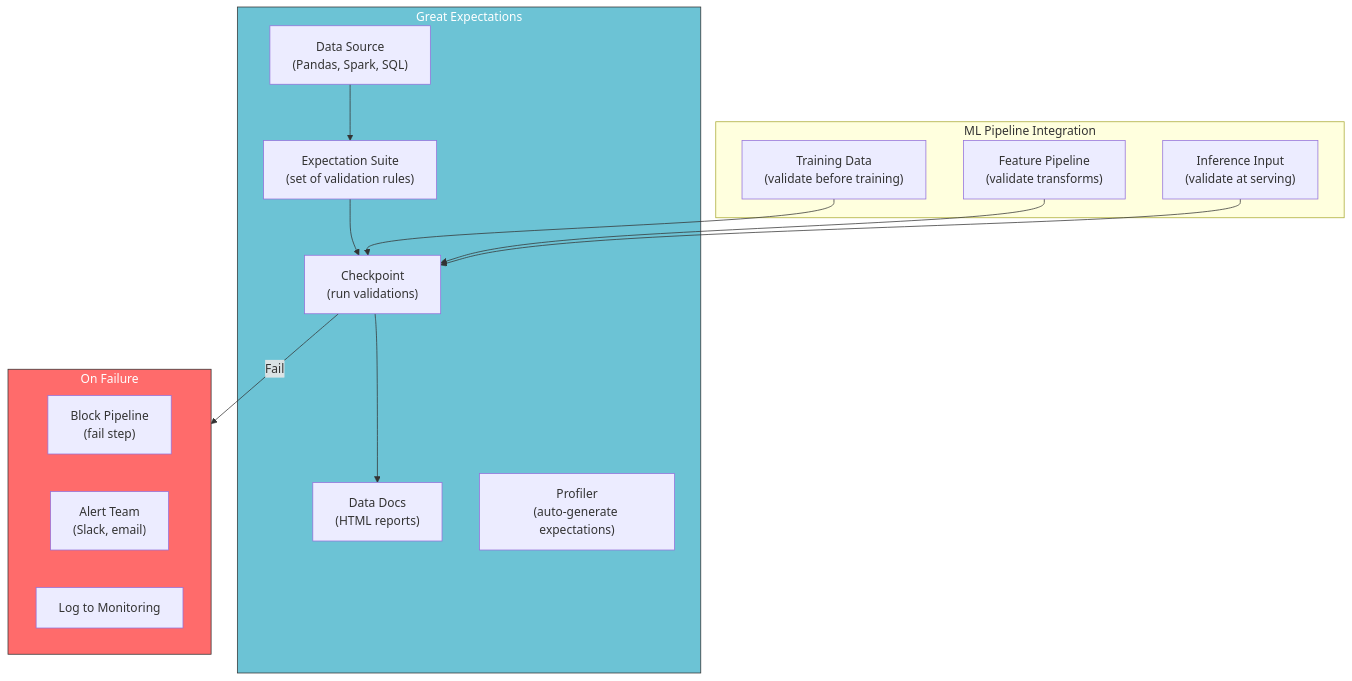
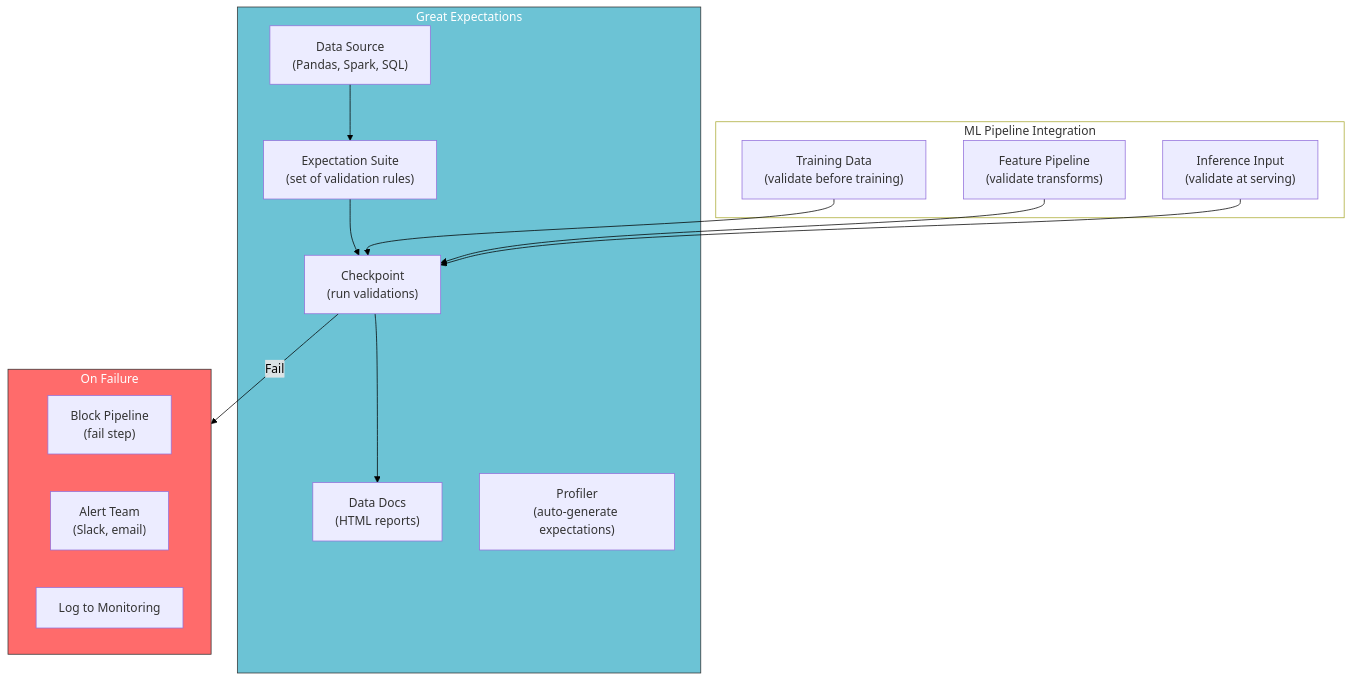
One commit to tanquangduong/tanquangduong.github.io changed the seventh of 10 diagrams in posts/aiops-interview/MLOps-Interview-QA-5.qmd. Above: the diagram before and after it, drawn with Mermaid. The commit also changed other lines of this file and 204 other files, not shown here.

````diff
--- a/posts/aiops-interview/MLOps-Interview-QA-5.qmd
+++ b/posts/aiops-interview/MLOps-Interview-QA-5.qmd
@@ -947,34 +961,36 @@
 ```{mermaid}
 graph TD
+    linkStyle default stroke:#000,color:#000
     subgraph GX["Great Expectations"]
         SUITE["Expectation Suite<br/>(set of validation rules)"]
         CHECKPOINT["Checkpoint<br/>(run validations)"]
         DATASOURCE["Data Source<br/>(Pandas, Spark, SQL)"]
         DOCS["Data Docs<br/>(HTML reports)"]
         PROFILER["Profiler<br/>(auto-generate expectations)"]
     end
 
     subgraph Pipeline_GX["ML Pipeline Integration"]
         TRAIN_DATA["Training Data<br/>(validate before training)"]
         FEATURE_DATA["Feature Pipeline<br/>(validate transforms)"]
         INFERENCE_DATA["Inference Input<br/>(validate at serving)"]
     end
 
     subgraph Actions["On Failure"]
         BLOCK["Block Pipeline<br/>(fail step)"]
         ALERT["Alert Team<br/>(Slack, email)"]
         LOG_GX["Log to Monitoring"]
     end
 
     DATASOURCE --> SUITE
     SUITE --> CHECKPOINT
     CHECKPOINT --> DOCS
     CHECKPOINT -->|"Fail"| Actions
 
     TRAIN_DATA --> CHECKPOINT
     FEATURE_DATA --> CHECKPOINT
     INFERENCE_DATA --> CHECKPOINT
 
     style GX fill:#6cc3d5,stroke:#333,color:#fff
     style Actions fill:#ff6b6b,stroke:#333,color:#fff
+    style Pipeline_GX fill:#fff
 ```
````
